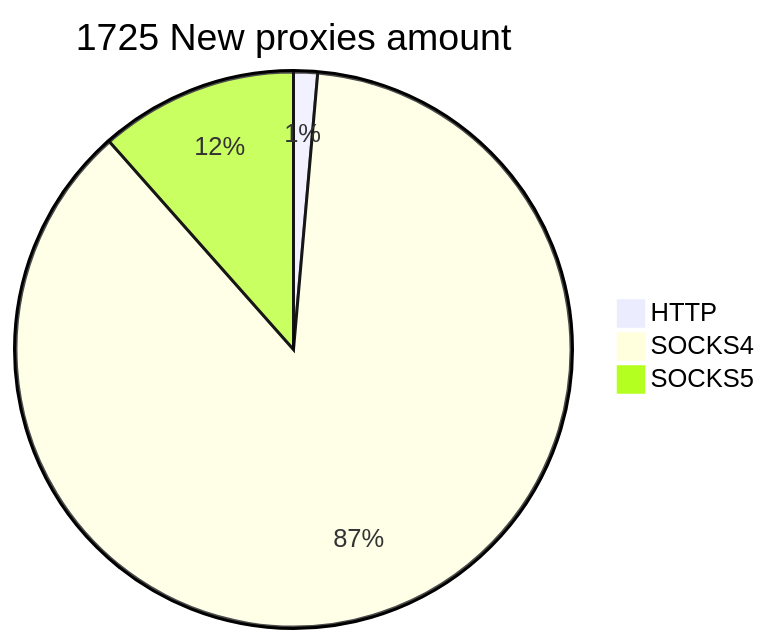
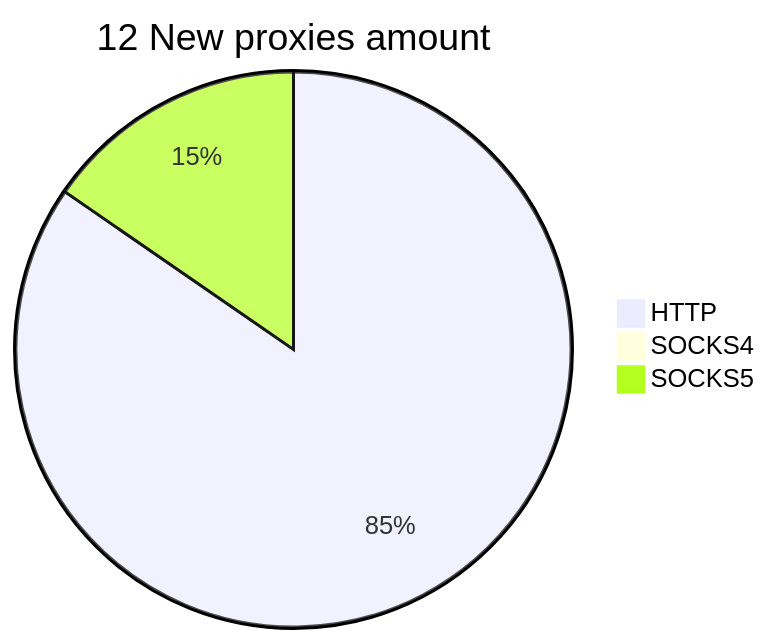
Before and after one commit to cutipu/proxylist: the second of 2 diagrams in README.md, drawn with Mermaid. The commit also changed other lines of this file, not shown here.

````diff
--- a/README.md
+++ b/README.md
@@ -10,6 +10,6 @@
 ```mermaid
-pie title 1725 New proxies amount
-    "HTTP" : 24
-    "SOCKS4" : 1502
-    "SOCKS5" : 199
+pie title 12 New proxies amount
+    "HTTP" : 11
+    "SOCKS4" : 0
+    "SOCKS5" : 2
 ```
````
